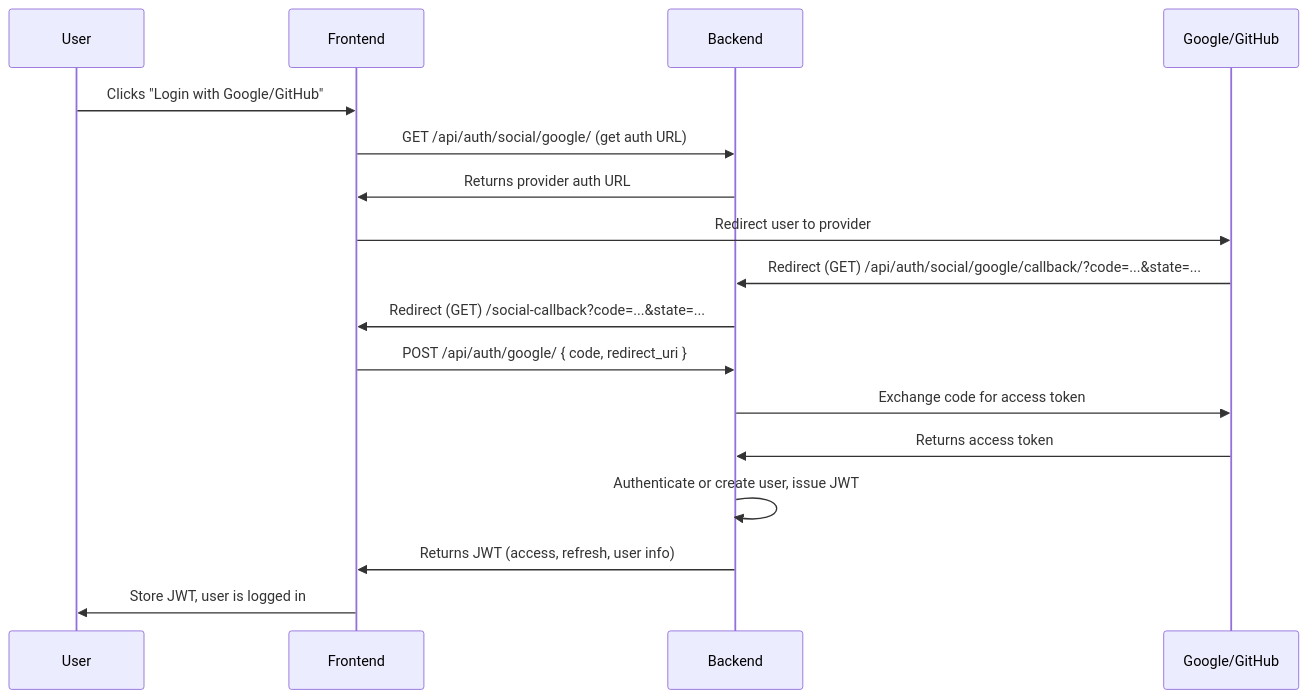
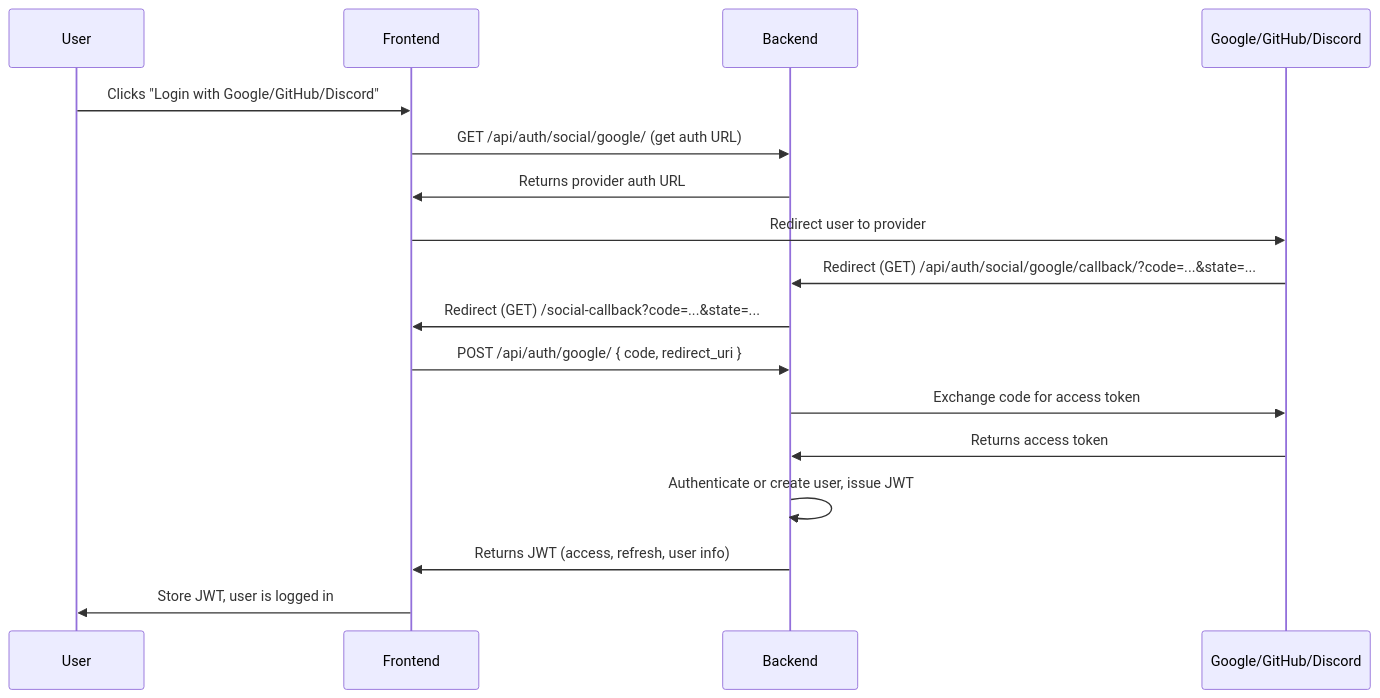
The diagram in docs/AUTH.md (pskillen/meshflow-api), drawn with Mermaid before and after one commit. The commit also changed other lines of this file and 4 other files, not shown here.

First line of the commit message:
feat(auth): add Discord OAuth provider

````diff
--- a/docs/AUTH.md
+++ b/docs/AUTH.md
@@ -18,20 +18,20 @@
 ```mermaid
 sequenceDiagram
     participant User
     participant Frontend
     participant Backend
-    participant Provider as Google/GitHub
+    participant Provider as Google/GitHub/Discord
 
-    User->>Frontend: Clicks "Login with Google/GitHub"
+    User->>Frontend: Clicks "Login with Google/GitHub/Discord"
     Frontend->>Backend: GET /api/auth/social/google/ (get auth URL)
     Backend->>Frontend: Returns provider auth URL
     Frontend->>Provider: Redirect user to provider
     Provider->>Backend: Redirect (GET) /api/auth/social/google/callback/?code=...&state=...
     Backend->>Frontend: Redirect (GET) /social-callback?code=...&state=...
     Frontend->>Backend: POST /api/auth/google/ { code, redirect_uri }
     Backend->>Provider: Exchange code for access token
     Provider->>Backend: Returns access token
     Backend->>Backend: Authenticate or create user, issue JWT
     Backend->>Frontend: Returns JWT (access, refresh, user info)
     Frontend->>User: Store JWT, user is logged in
 ```
````
